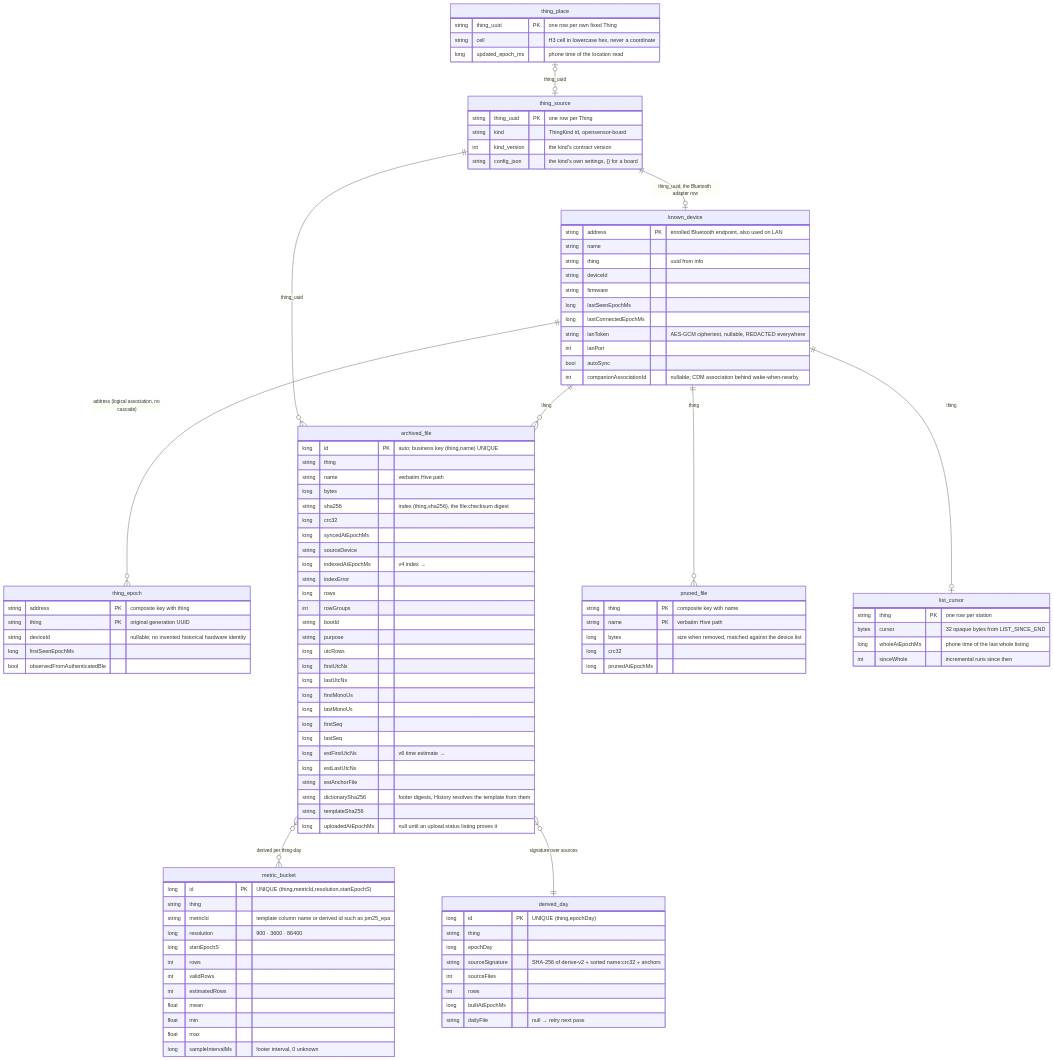
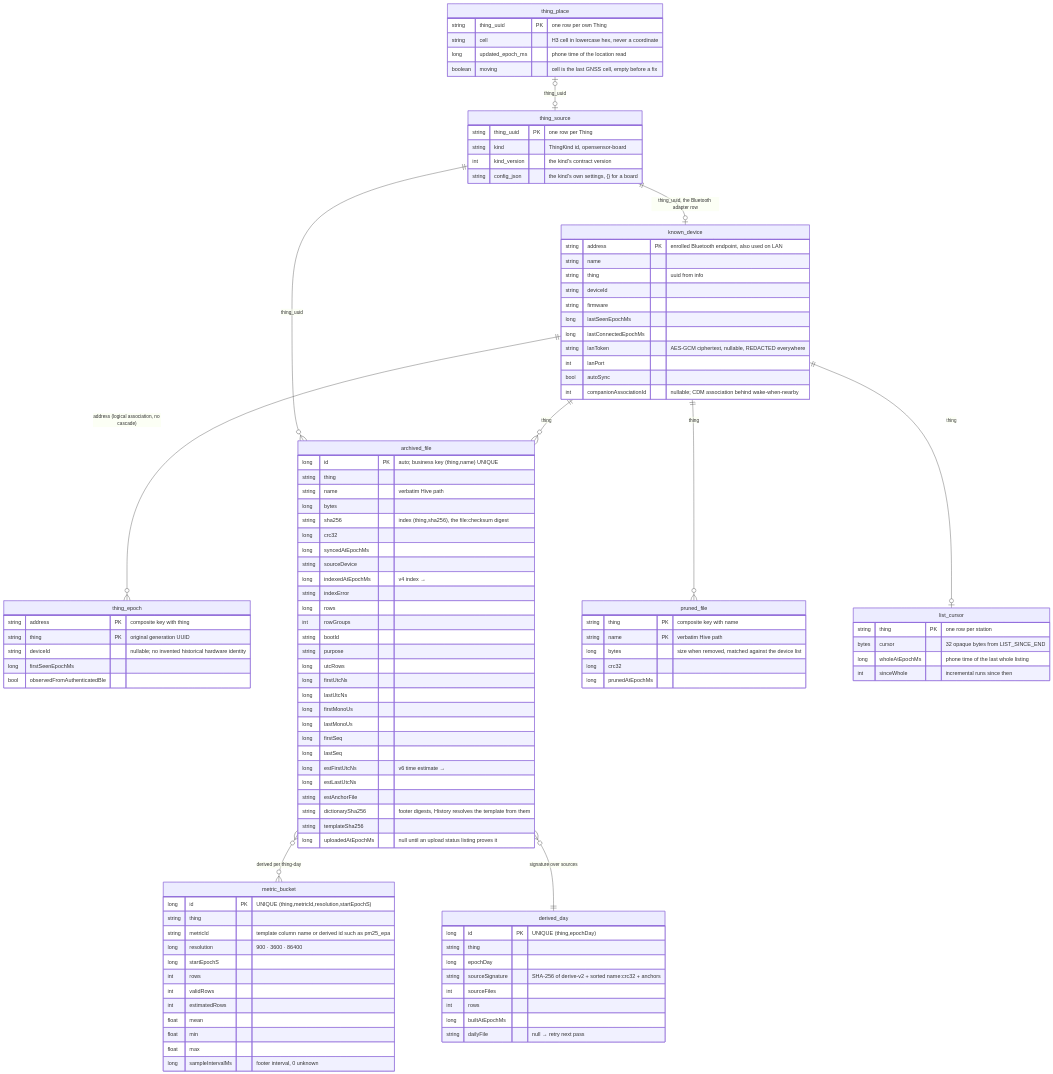
Before and after one commit to walkthru-earth/opensensor-space-mobile: the first of 2 diagrams in docs/data-model.md, drawn with Mermaid. The commit also changed other lines of this file and 39 other files, not shown here.

First line of the commit message:
Show a moving Thing as a track of its own H3 cells and let the owner set mobility (#263) (#293)

```diff
--- a/docs/data-model.md
+++ b/docs/data-model.md
@@ -122,9 +122,10 @@
     string config_json "the kind's own settings, {} for a board"
   }
   thing_place {
-    string thing_uuid PK "one row per own fixed Thing"
+    string thing_uuid PK "one row per own Thing"
     string cell "H3 cell in lowercase hex, never a coordinate"
     long updated_epoch_ms "phone time of the location read"
+    boolean moving "cell is the last GNSS cell, empty before a fix"
   }
   known_device ||--o{ archived_file : "thing"
   known_device ||--o{ thing_epoch : "address (logical association, no cascade)"
```
